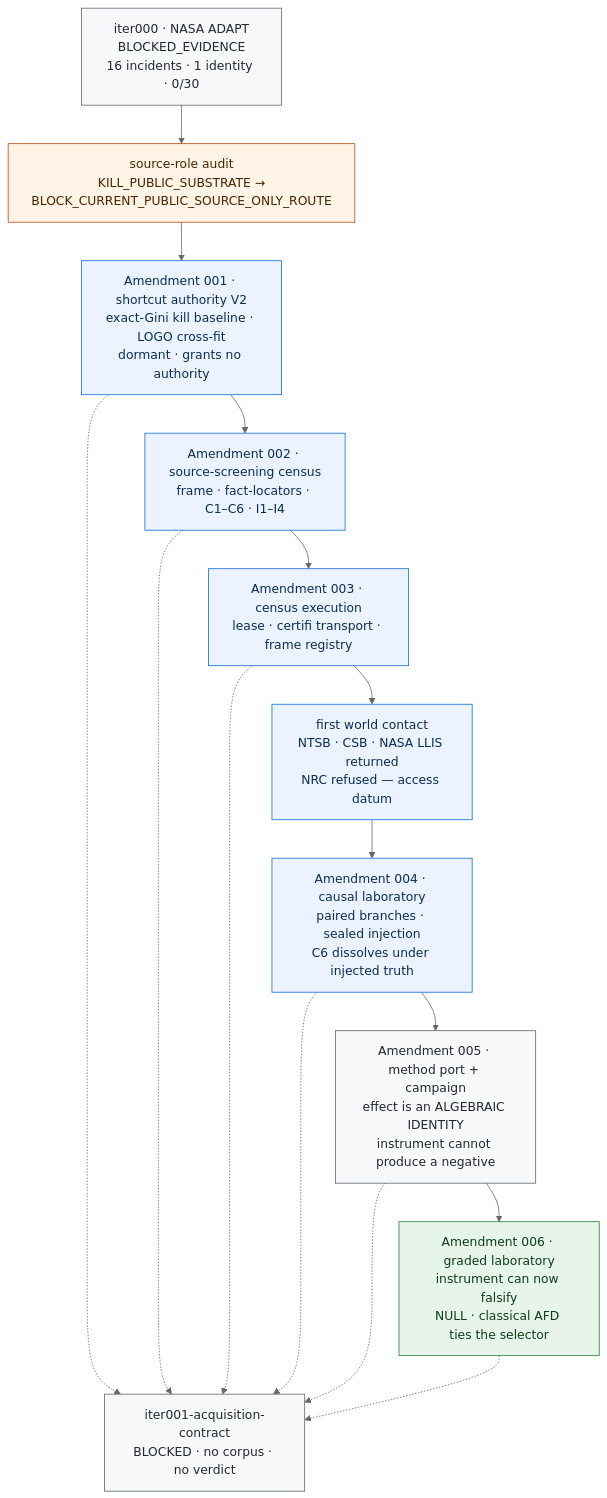
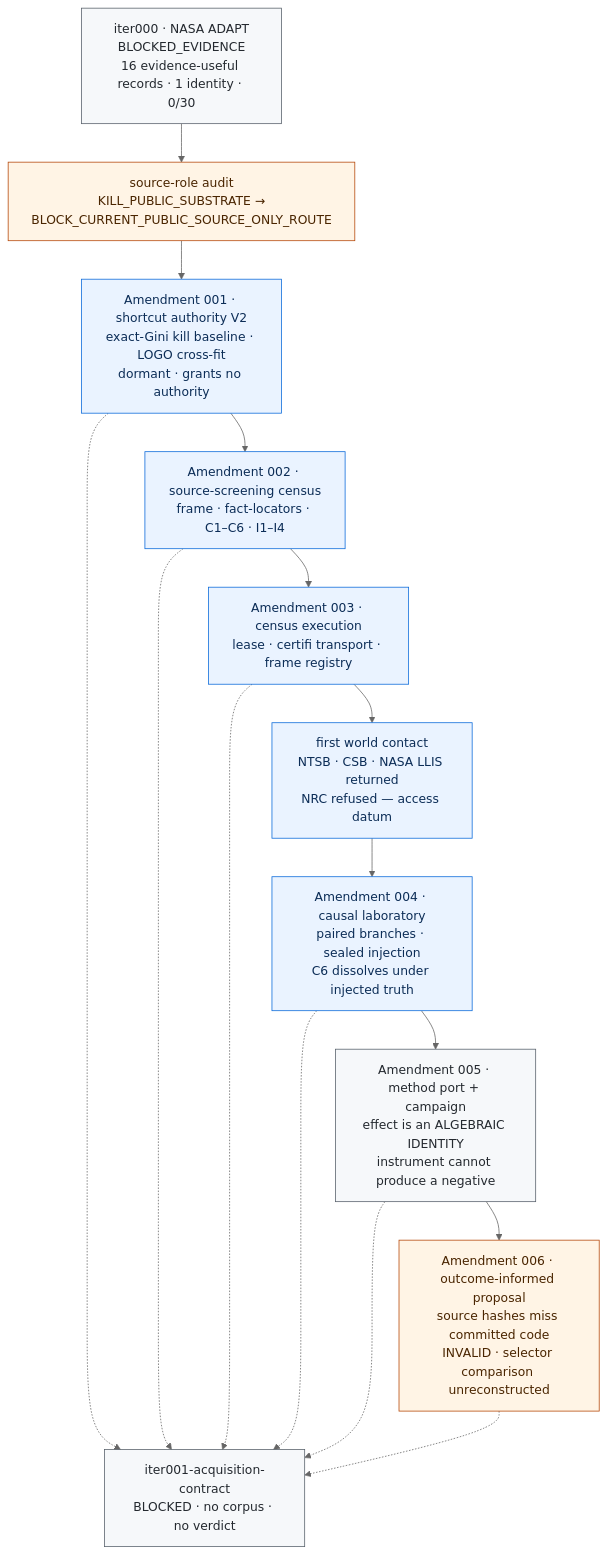
One commit to manfromnowhere143/inbar changed the second of 3 diagrams in README.md. Above: the diagram before and after it, drawn with Mermaid (neutral theme). The commit also changed other lines of this file and 29 other files, not shown here.

````diff
--- a/README.md
+++ b/README.md
@@ -137,28 +137,28 @@
 ```mermaid
 flowchart TB
-  I000["iter000 · NASA ADAPT<br/>BLOCKED_EVIDENCE<br/>16 incidents · 1 identity · 0/30"]
+  I000["iter000 · NASA ADAPT<br/>BLOCKED_EVIDENCE<br/>16 evidence-useful records · 1 identity · 0/30"]
   SRC["source-role audit<br/>KILL_PUBLIC_SUBSTRATE →<br/>BLOCK_CURRENT_PUBLIC_SOURCE_ONLY_ROUTE"]
   A001["Amendment 001 · shortcut authority V2<br/>exact-Gini kill baseline · LOGO cross-fit<br/>dormant · grants no authority"]
   A002["Amendment 002 · source-screening census<br/>frame · fact-locators · C1–C6 · I1–I4"]
   A003["Amendment 003 · census execution<br/>lease · certifi transport · frame registry"]
   WC["first world contact<br/>NTSB · CSB · NASA LLIS returned<br/>NRC refused — access datum"]
   A004["Amendment 004 · causal laboratory<br/>paired branches · sealed injection<br/>C6 dissolves under injected truth"]
   A005["Amendment 005 · method port + campaign<br/>effect is an ALGEBRAIC IDENTITY<br/>instrument cannot produce a negative"]
-  A006["Amendment 006 · graded laboratory<br/>instrument can now falsify<br/>NULL · classical AFD ties the selector"]
+  A006["Amendment 006 · outcome-informed proposal<br/>source hashes miss committed code<br/>INVALID · selector comparison unreconstructed"]
   BLK["iter001-acquisition-contract<br/>BLOCKED · no corpus · no verdict"]
   I000-->SRC-->A001-->A002-->A003-->WC-->A004-->A005-->A006
   A001-.->BLK
   A002-.->BLK
   A003-.->BLK
   A004-.->BLK
   A005-.->BLK
   A006-.->BLK
   classDef null fill:#f6f8fa,stroke:#57606a,color:#24292f;
   classDef complete fill:#eaf3ff,stroke:#0969da,color:#0c2d57;
   classDef corrected fill:#fff4e5,stroke:#b54708,color:#4a2500;
   classDef active fill:#e6f4ea,stroke:#1a7f37,color:#0f3d1c;
   class I000,BLK,A005 null;
   class SRC corrected;
   class A001,A002,A003,WC,A004 complete;
-  class A006 active;
+  class A006 corrected;
 ```
````
